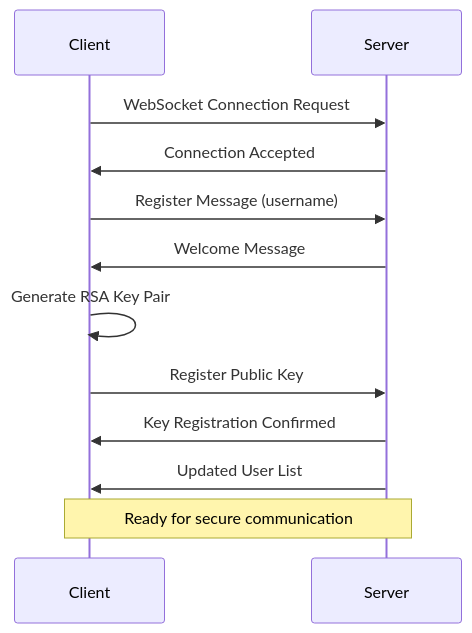
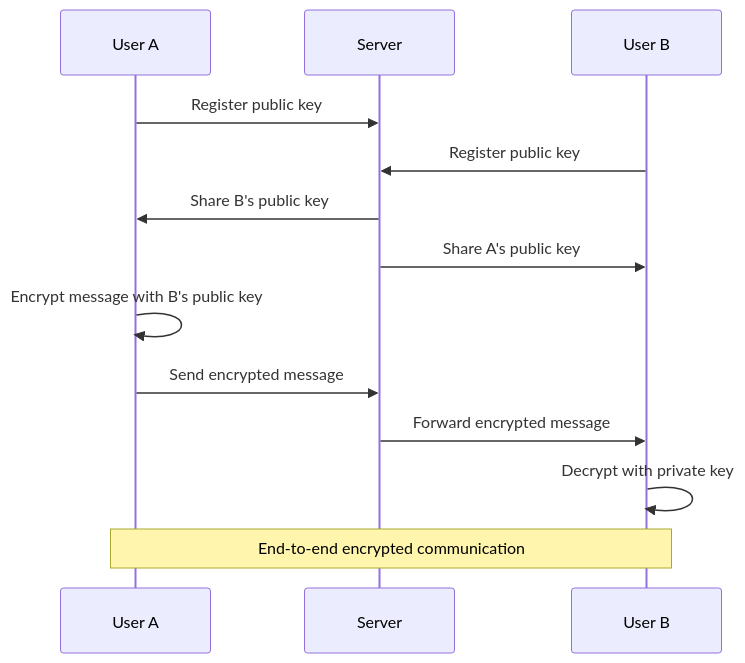
Before and after one commit to xsukax/xsukax-Chatroom-E2E-System: the second of 3 diagrams in README.md, drawn with Mermaid. The commit also changed other lines of this file, not shown here.

````diff
--- a/README.md
+++ b/README.md
@@ -149,15 +178,16 @@
 ```mermaid
 sequenceDiagram
-    participant C as Client
+    participant A as User A
     participant S as Server
+    participant B as User B
     
-    C->>S: WebSocket Connection Request
-    S->>C: Connection Accepted
-    C->>S: Register Message (username)
-    S->>C: Welcome Message
-    C->>C: Generate RSA Key Pair
-    C->>S: Register Public Key
-    S->>C: Key Registration Confirmed
-    S->>C: Updated User List
-    Note over C,S: Ready for secure communication
+    A->>S: Register public key
+    B->>S: Register public key
+    S->>A: Share B's public key
+    S->>B: Share A's public key
+    A->>A: Encrypt message with B's public key
+    A->>S: Send encrypted message
+    S->>B: Forward encrypted message
+    B->>B: Decrypt with private key
+    Note over A,B: End-to-end encrypted communication
 ```
````
